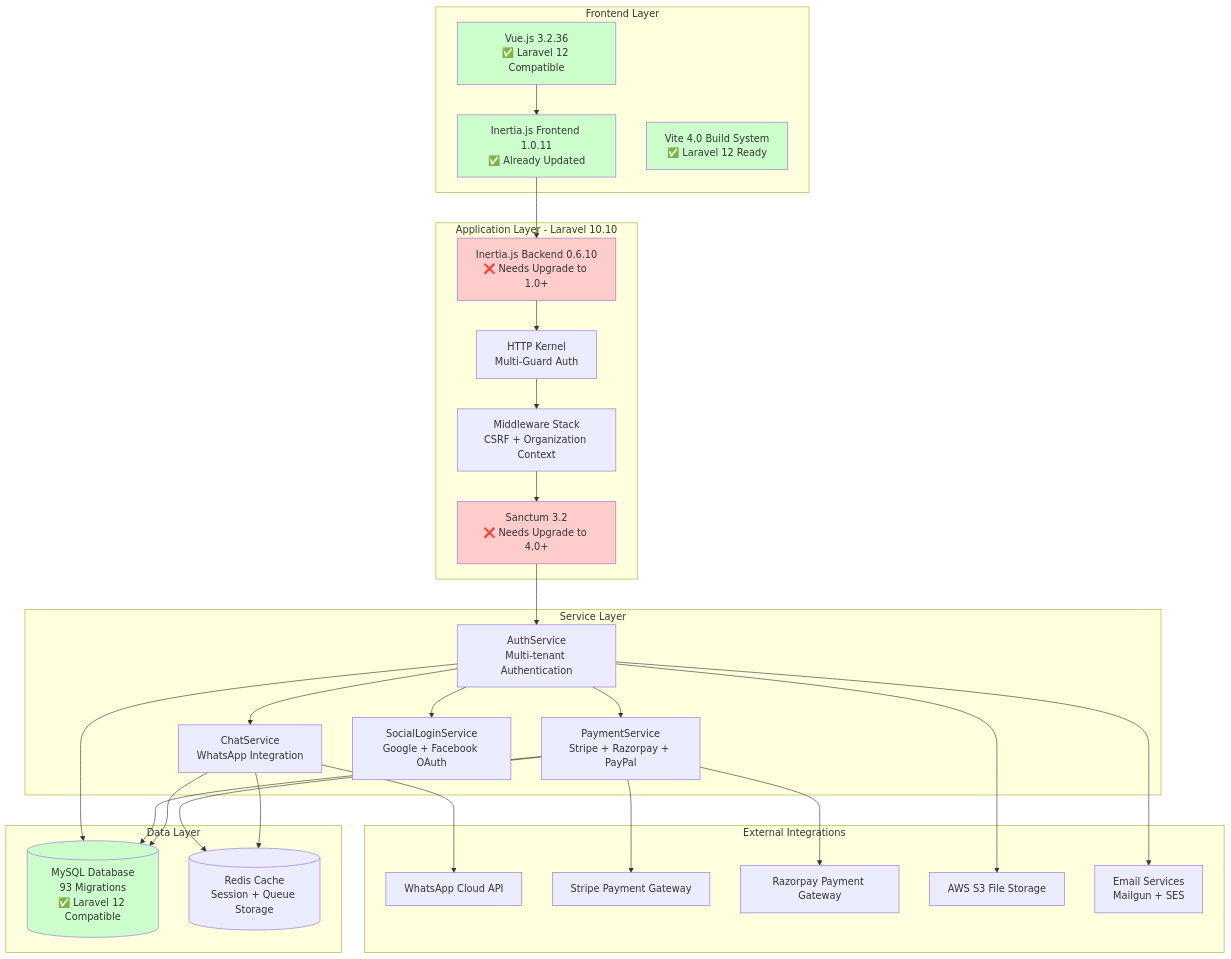
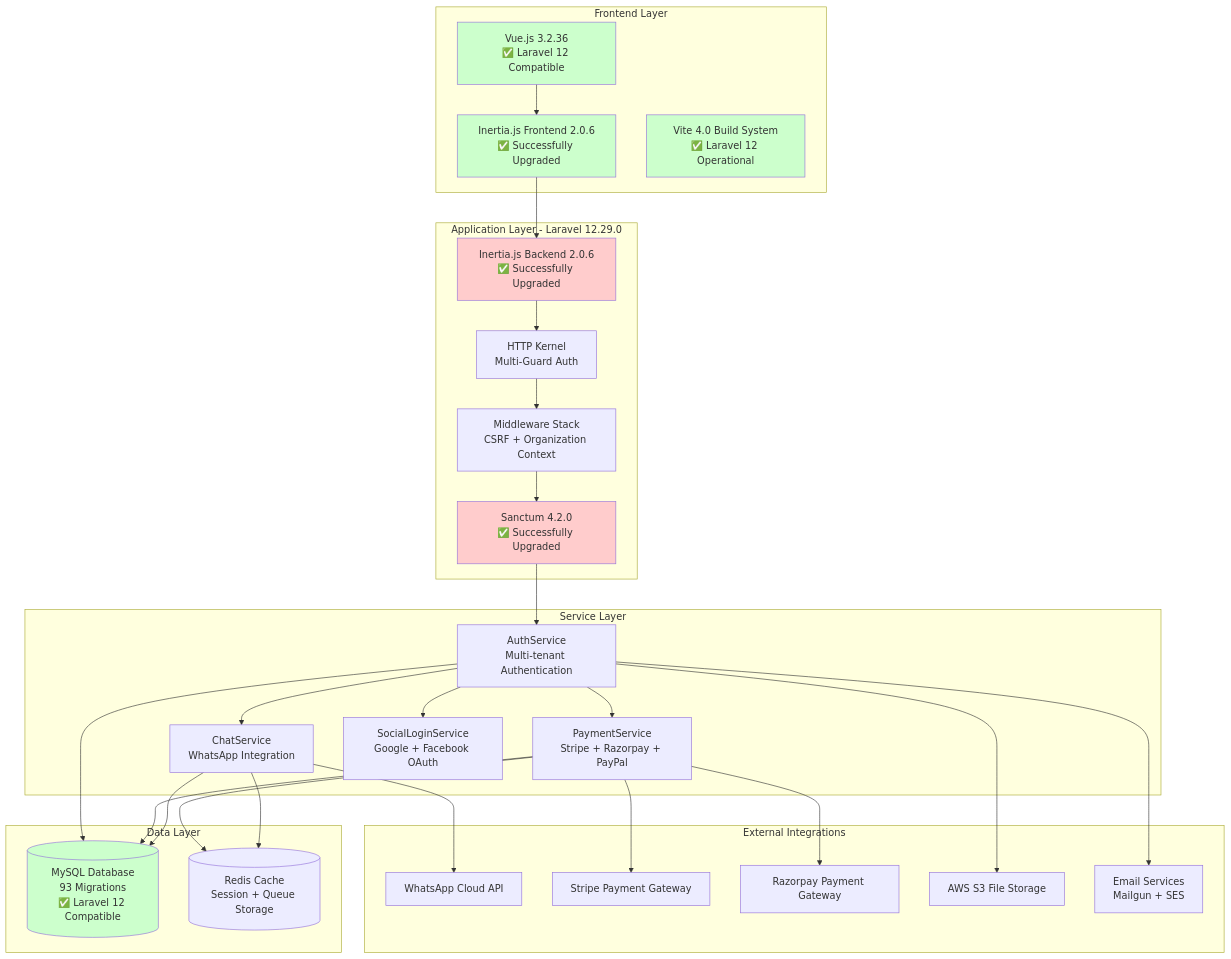
One commit to ltmoerdani/blazz changed the first of 15 diagrams in docs/laravel-12-upgrade/visual.md. Above: the diagram before and after it, drawn with Mermaid. The commit also changed other lines of this file and 9 other files, not shown here.

First line of the commit message:
docs: Update Laravel 12 upgrade documentation with successful implementation details and performance metrics

````diff
--- a/docs/laravel-12-upgrade/visual.md
+++ b/docs/laravel-12-upgrade/visual.md
@@ -7,66 +7,66 @@
 ```mermaid
 graph TB
     subgraph "Frontend Layer"
         VUE[Vue.js 3.2.36<br/>✅ Laravel 12 Compatible]
-        INERTIA_FE[Inertia.js Frontend 1.0.11<br/>✅ Already Updated]
-        VITE[Vite 4.0 Build System<br/>✅ Laravel 12 Ready]
+        INERTIA_FE[Inertia.js Frontend 2.0.6<br/>✅ Successfully Upgraded]
+        VITE[Vite 4.0 Build System<br/>✅ Laravel 12 Operational]
     end
     
-    subgraph "Application Layer - Laravel 10.10"
-        INERTIA_BE[Inertia.js Backend 0.6.10<br/>❌ Needs Upgrade to 1.0+]
-        SANCTUM[Sanctum 3.2<br/>❌ Needs Upgrade to 4.0+]
+    subgraph "Application Layer - Laravel 12.29.0"
+        INERTIA_BE[Inertia.js Backend 2.0.6<br/>✅ Successfully Upgraded]
+        SANCTUM[Sanctum 4.2.0<br/>✅ Successfully Upgraded]
         KERNEL[HTTP Kernel<br/>Multi-Guard Auth]
         MIDDLEWARE[Middleware Stack<br/>CSRF + Organization Context]
     end
     
     subgraph "Service Layer"
         AUTH[AuthService<br/>Multi-tenant Authentication]
         CHAT[ChatService<br/>WhatsApp Integration]
         PAYMENT[PaymentService<br/>Stripe + Razorpay + PayPal]
         SOCIAL[SocialLoginService<br/>Google + Facebook OAuth]
     end
     
     subgraph "Data Layer"
         DB[(MySQL Database<br/>93 Migrations<br/>✅ Laravel 12 Compatible)]
         REDIS[(Redis Cache<br/>Session + Queue Storage)]
     end
     
     subgraph "External Integrations"
         WHATSAPP[WhatsApp Cloud API]
         STRIPE[Stripe Payment Gateway]
         RAZORPAY[Razorpay Payment Gateway]
         S3[AWS S3 File Storage]
         EMAIL[Email Services<br/>Mailgun + SES]
     end
     
     VUE --> INERTIA_FE
     INERTIA_FE --> INERTIA_BE
     INERTIA_BE --> KERNEL
     KERNEL --> MIDDLEWARE
     MIDDLEWARE --> SANCTUM
     SANCTUM --> AUTH
     
     AUTH --> CHAT
     AUTH --> PAYMENT
     AUTH --> SOCIAL
     
     CHAT --> DB
     PAYMENT --> DB
     AUTH --> DB
     
     CHAT --> REDIS
     PAYMENT --> REDIS
     
     CHAT --> WHATSAPP
     PAYMENT --> STRIPE
     PAYMENT --> RAZORPAY
     AUTH --> S3
     AUTH --> EMAIL
     
     style INERTIA_BE fill:#ffcccc
     style SANCTUM fill:#ffcccc
     style VUE fill:#ccffcc
     style INERTIA_FE fill:#ccffcc
     style VITE fill:#ccffcc
     style DB fill:#ccffcc
 ```
````
